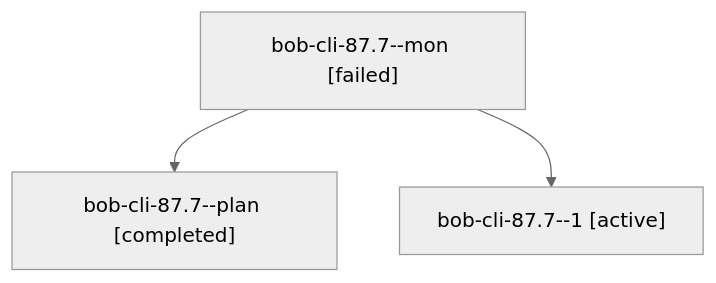
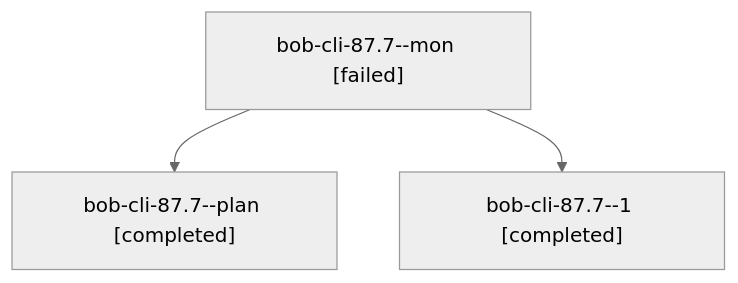
The diagram in sessions/bbugyi200.athena.bob-cli-87.7.md (bobs-org/bob-cli--agents), drawn with Mermaid (neutral theme) before and after one commit. The commit also changed other lines of this file and 82 other files, not shown here.

````diff
--- a/sessions/bbugyi200.athena.bob-cli-87.7.md
+++ b/sessions/bbugyi200.athena.bob-cli-87.7.md
@@ -9,8 +9,8 @@
 ```mermaid
 flowchart TD
   n0["bob-cli-87.7--mon [failed]"]
   n1["bob-cli-87.7--plan [completed]"]
   n0 --> n1
-  n2["bob-cli-87.7--1 [active]"]
+  n2["bob-cli-87.7--1 [completed]"]
   n0 --> n2
 ```
````
